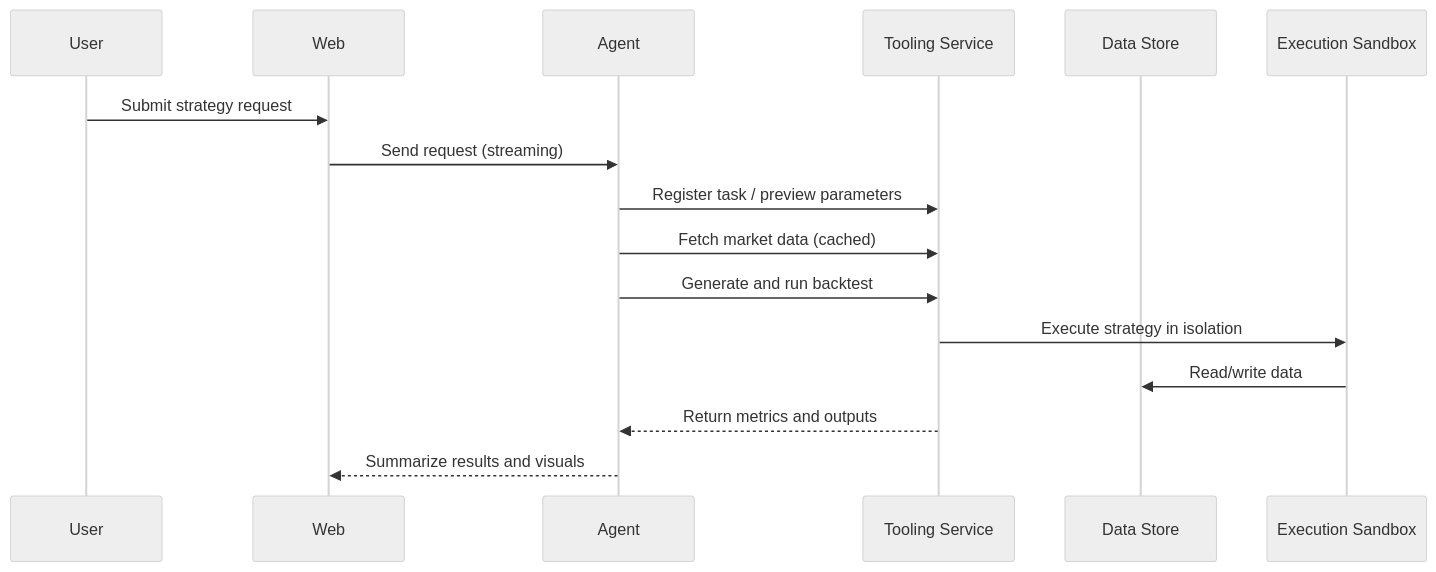
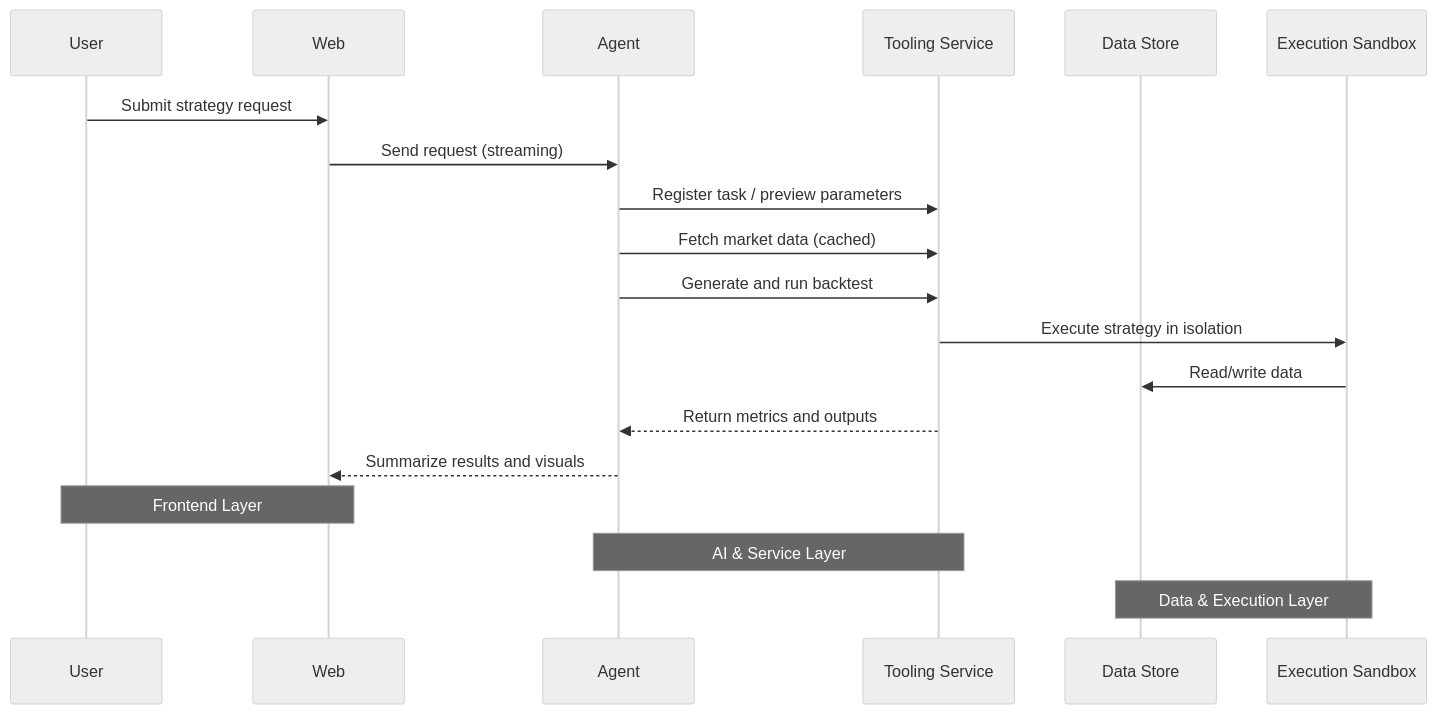
Before and after one commit to nlpquant/AgentQuant: the second of 2 diagrams in README.md, drawn with Mermaid (neutral theme). The commit also changed other lines of this file, not shown here.

Commit message:
Update mermaid

````diff
--- a/README.md
+++ b/README.md
@@ -81,19 +91,23 @@
 ```mermaid
 sequenceDiagram
   participant User
   participant Web as Web
   participant Agent as Agent
   participant Tools as Tooling Service
   participant Store as Data Store
   participant Runner as Execution Sandbox
 
   User->>Web: Submit strategy request
   Web->>Agent: Send request (streaming)
   Agent->>Tools: Register task / preview parameters
   Agent->>Tools: Fetch market data (cached)
   Agent->>Tools: Generate and run backtest
   Tools->>Runner: Execute strategy in isolation
   Runner->>Store: Read/write data
   Tools-->>Agent: Return metrics and outputs
   Agent-->>Web: Summarize results and visuals
+  
+  Note over User,Web: Frontend Layer
+  Note over Agent,Tools: AI & Service Layer
+  Note over Store,Runner: Data & Execution Layer
 ```
````
